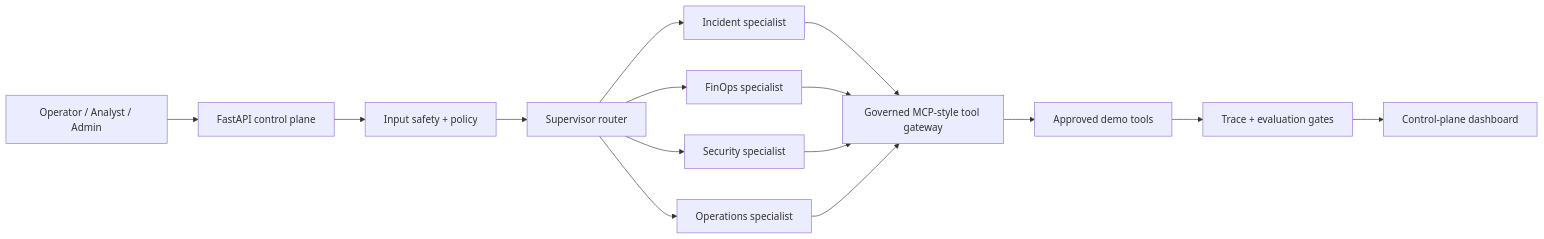
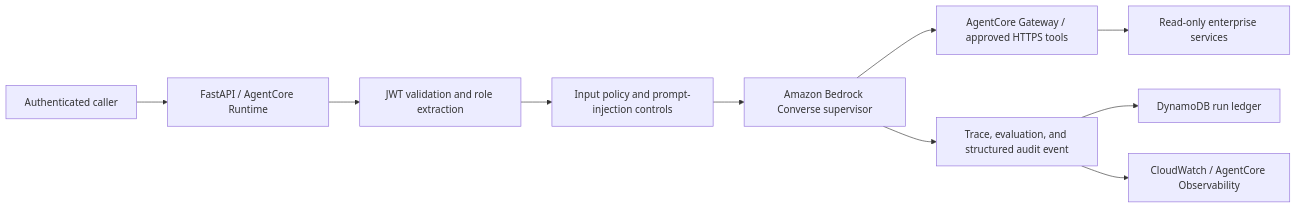
One commit to rehanfazalkhan/agentforge-control-plane changed the diagram in README.md. Above: the diagram before and after it, drawn with Mermaid. The commit also changed other lines of this file, not shown here.

Commit message:
feat: add production Bedrock and AgentCore foundation

````diff
--- a/README.md
+++ b/README.md
@@ -24,14 +23,12 @@
 ```mermaid
 flowchart LR
-    U["Operator / Analyst / Admin"] --> API["FastAPI control plane"]
-    API --> P["Input safety + policy"]
-    P --> S["Supervisor router"]
-    S --> I["Incident specialist"]
-    S --> F["FinOps specialist"]
-    S --> SEC["Security specialist"]
-    S --> O["Operations specialist"]
-    I & F & SEC & O --> G["Governed MCP-style tool gateway"]
-    G --> T["Approved demo tools"]
-    T --> E["Trace + evaluation gates"]
-    E --> D["Control-plane dashboard"]
+    U["Authenticated caller"] --> API["FastAPI / AgentCore Runtime"]
+    API --> JWT["JWT validation and role extraction"]
+    JWT --> P["Input policy and prompt-injection controls"]
+    P --> M["Amazon Bedrock Converse supervisor"]
+    M --> G["AgentCore Gateway / approved HTTPS tools"]
+    G --> S["Read-only enterprise services"]
+    M --> T["Trace, evaluation, and structured audit event"]
+    T --> D["DynamoDB run ledger"]
+    T --> C["CloudWatch / AgentCore Observability"]
 ```
````
